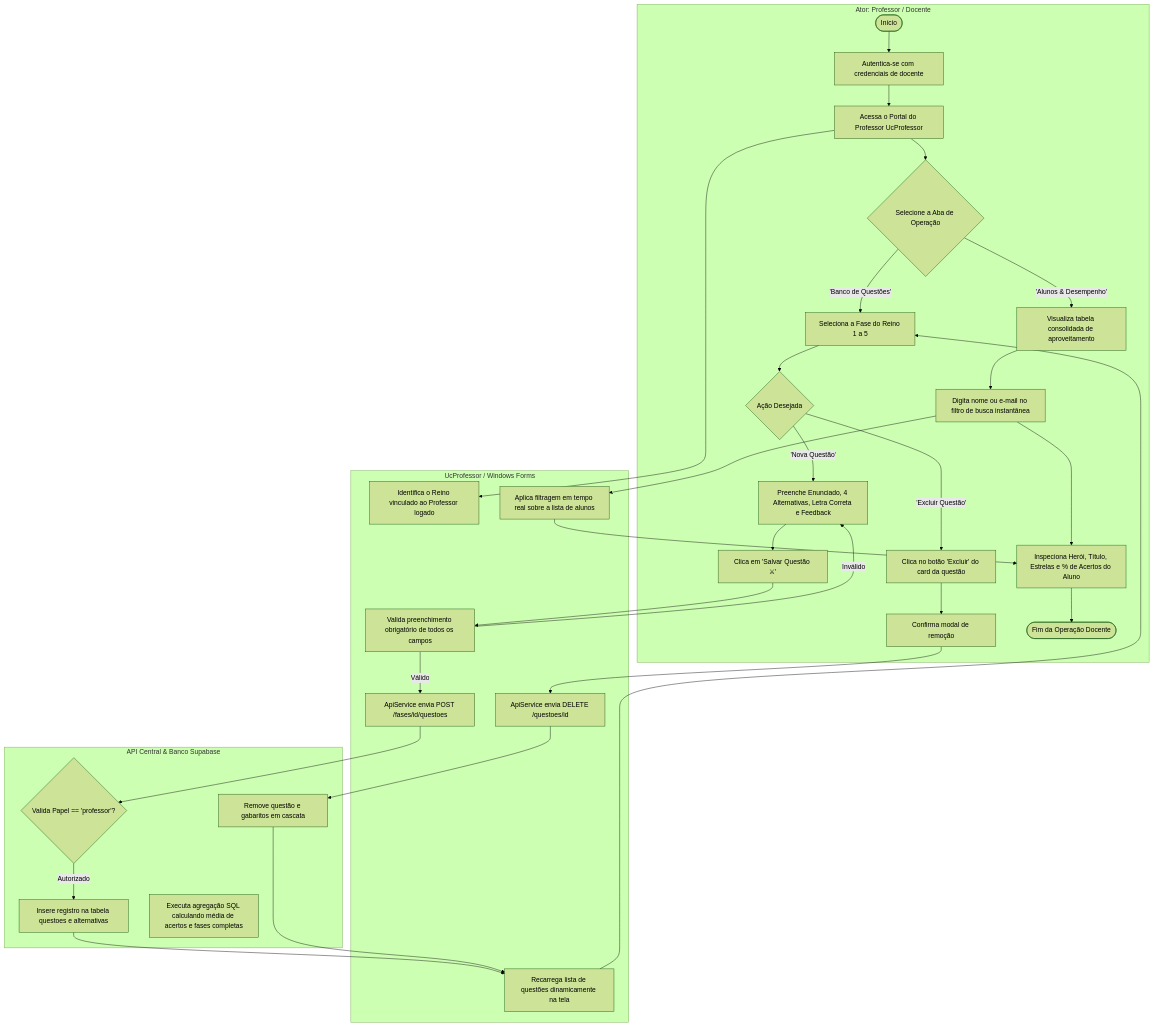
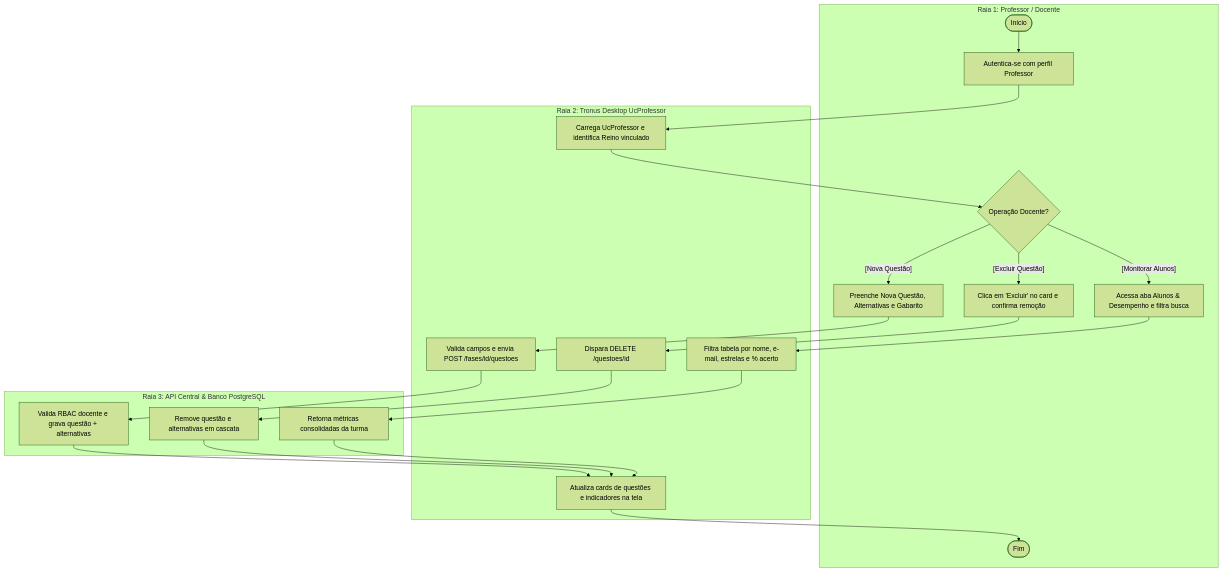
The third of 6 diagrams in DiagramaDeAtividades.md (Pim-Unip2025/desktop), drawn with Mermaid (forest theme) before and after one commit. The commit also changed other lines of this file and 66 other files, not shown here.

Commit message:
feat(desktop): adiciona Setup/QA Runner com teste de rede, acessibilidade tipografica, listagem completa no Admin e reorganiza diagramas UML (Classes, Atividades e Sequencia)

````diff
--- a/DiagramaDeAtividades.md
+++ b/DiagramaDeAtividades.md
@@ -217,55 +151,31 @@
 ```mermaid
 flowchart TD
-    subgraph Professor [Ator: Professor / Docente]
-        P_Start([Início]) --> P_Login[Autentica-se com credenciais de docente]
-        P_Login --> P_Portal[Acessa o Portal do Professor UcProfessor]
-        P_Portal --> P_SelectTab{Selecione a Aba de Operação}
-        
-        P_SelectTab -- 'Banco de Questões' --> P_ChooseFase[Seleciona a Fase do Reino 1 a 5]
-        P_ChooseFase --> P_ActionQuestao{Ação Desejada}
-        
-        P_ActionQuestao -- 'Nova Questão' --> P_FillForm[Preenche Enunciado, 4 Alternativas, Letra Correta e Feedback]
-        P_FillForm --> P_SubmitForm[Clica em 'Salvar Questão ⚔']
-        
-        P_ActionQuestao -- 'Excluir Questão' --> P_ClickDel[Clica no botão 'Excluir' do card da questão]
-        P_ClickDel --> P_ConfirmDel[Confirma modal de remoção]
-        
-        P_SelectTab -- 'Alunos & Desempenho' --> P_ViewStudents[Visualiza tabela consolidada de aproveitamento]
-        P_ViewStudents --> P_SearchStudent[Digita nome ou e-mail no filtro de busca instantânea]
-        P_SearchStudent --> P_InspectStudent[Inspeciona Herói, Título, Estrelas e % de Acertos do Aluno]
-        
-        P_InspectStudent --> P_End([Fim da Operação Docente])
+    subgraph Professor [Raia 1: Professor / Docente]
+        P_Init([Início]) --> P_Login[Autentica-se com perfil Professor]
+        P_Dec{Operação Docente?}
+        P_New[Preenche Nova Questão, Alternativas e Gabarito]
+        P_Del[Clica em 'Excluir' no card e confirma remoção]
+        P_Alu[Acessa aba Alunos & Desempenho e filtra busca]
+        P_End([Fim])
     end
 
-    subgraph DesktopView [UcProfessor / Windows Forms]
-        V_DetectReino[Identifica o Reino vinculado ao Professor logado]
-        V_ValidateForm[Valida preenchimento obrigatório de todos os campos]
-        V_SendCreate[ApiService envia POST /fases/id/questoes]
-        V_SendDelete[ApiService envia DELETE /questoes/id]
-        V_FilterTable[Aplica filtragem em tempo real sobre a lista de alunos]
-        V_RefreshCards[Recarrega lista de questões dinamicamente na tela]
+    subgraph Desktop [Raia 2: Tronus Desktop UcProfessor]
+        V_Reino[Carrega UcProfessor e identifica Reino vinculado]
+        V_Post[Valida campos e envia POST /fases/id/questoes]
+        V_Del[Dispara DELETE /questoes/id]
+        V_Filt[Filtra tabela por nome, e-mail, estrelas e % acerto]
+        V_Sync[Atualiza cards de questões e indicadores na tela]
     end
 
-    subgraph BackendAPI [API Central & Banco Supabase]
-        B_CheckRole{Valida Papel == 'professor'?}
-        B_PersistQuestao[Insere registro na tabela questoes e alternativas]
-        B_DeleteQuestao[Remove questão e gabaritos em cascata]
-        B_FetchMetrics[Executa agregação SQL calculando média de acertos e fases completas]
+    subgraph Backend [Raia 3: API Central & Banco PostgreSQL]
+        B_Ins[Valida RBAC docente e grava questão + alternativas]
+        B_Del[Remove questão e alternativas em cascata]
+        B_Aggr[Retorna métricas consolidadas da turma]
     end
 
-    P_Portal --> V_DetectReino
-    P_SubmitForm --> V_ValidateForm
-    V_ValidateForm -- Válido --> V_SendCreate
-    V_ValidateForm -- Inválido --> P_FillForm
-    V_SendCreate --> B_CheckRole
-    B_CheckRole -- Autorizado --> B_PersistQuestao
-    B_PersistQuestao --> V_RefreshCards
-    V_RefreshCards --> P_ChooseFase
-    
-    P_ConfirmDel --> V_SendDelete
-    V_SendDelete --> B_DeleteQuestao
-    B_DeleteQuestao --> V_RefreshCards
-    
-    P_SearchStudent --> V_FilterTable
-    V_FilterTable --> P_InspectStudent
+    P_Login --> V_Reino --> P_Dec
+    P_Dec -- "[Nova Questão]" --> P_New --> V_Post --> B_Ins --> V_Sync
+    P_Dec -- "[Excluir Questão]" --> P_Del --> V_Del --> B_Del --> V_Sync
+    P_Dec -- "[Monitorar Alunos]" --> P_Alu --> V_Filt --> B_Aggr --> V_Sync
+    V_Sync --> P_End
 ```
````
